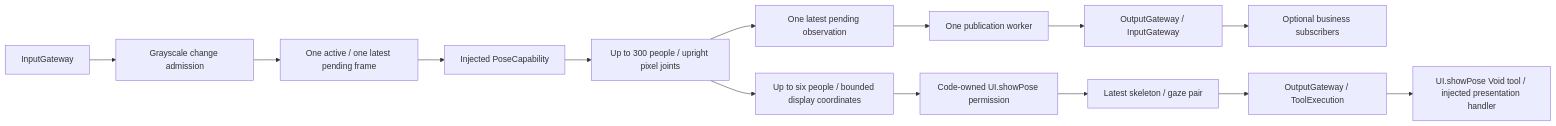
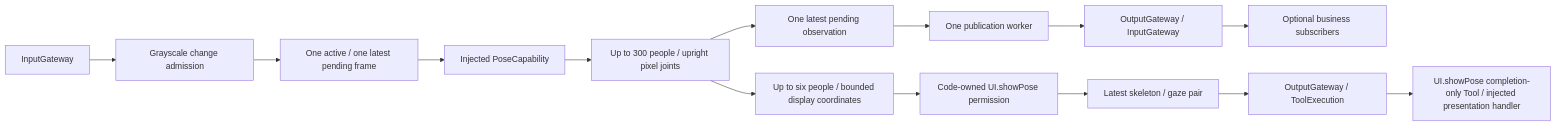
Before and after one commit to devilyouwei/MobileHarness: the first of 3 diagrams in MobileHarness/Agents/VisionPerception/README.md, drawn with Mermaid. The commit also changed other lines of this file and 33 other files, not shown here.

````diff
--- a/MobileHarness/Agents/VisionPerception/README.md
+++ b/MobileHarness/Agents/VisionPerception/README.md
@@ -5,16 +5,16 @@
 ```mermaid
 flowchart LR
     InputGateway --> Filter[Grayscale change admission]
     Filter --> Latest[One active / one latest pending frame]
     Latest --> Model[Injected PoseCapability]
     Model --> Observation[Up to 300 people / upright pixel joints]
     Observation --> Pending[One latest pending observation]
     Pending --> Publisher[One publication worker]
     Publisher --> Publication[OutputGateway / InputGateway]
     Publication --> Subscribers[Optional business subscribers]
     Observation --> Overlay[Up to six people / bounded display coordinates]
     Overlay --> Generator[Code-owned UI.showPose permission]
     Generator --> Output[Latest skeleton / gaze pair]
     Output --> Gateway[OutputGateway / ToolExecution]
-    Gateway --> Action[UI.showPose Void tool / injected presentation handler]
+    Gateway --> Tool[UI.showPose completion-only Tool / injected presentation handler]
 ```
````
